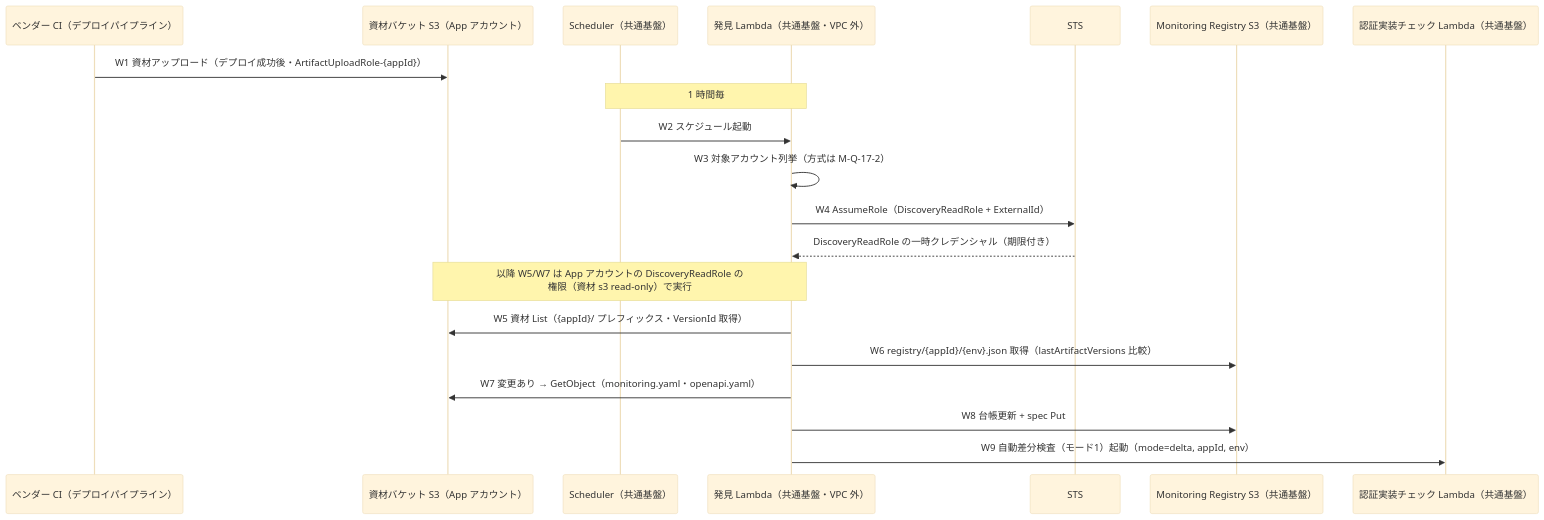
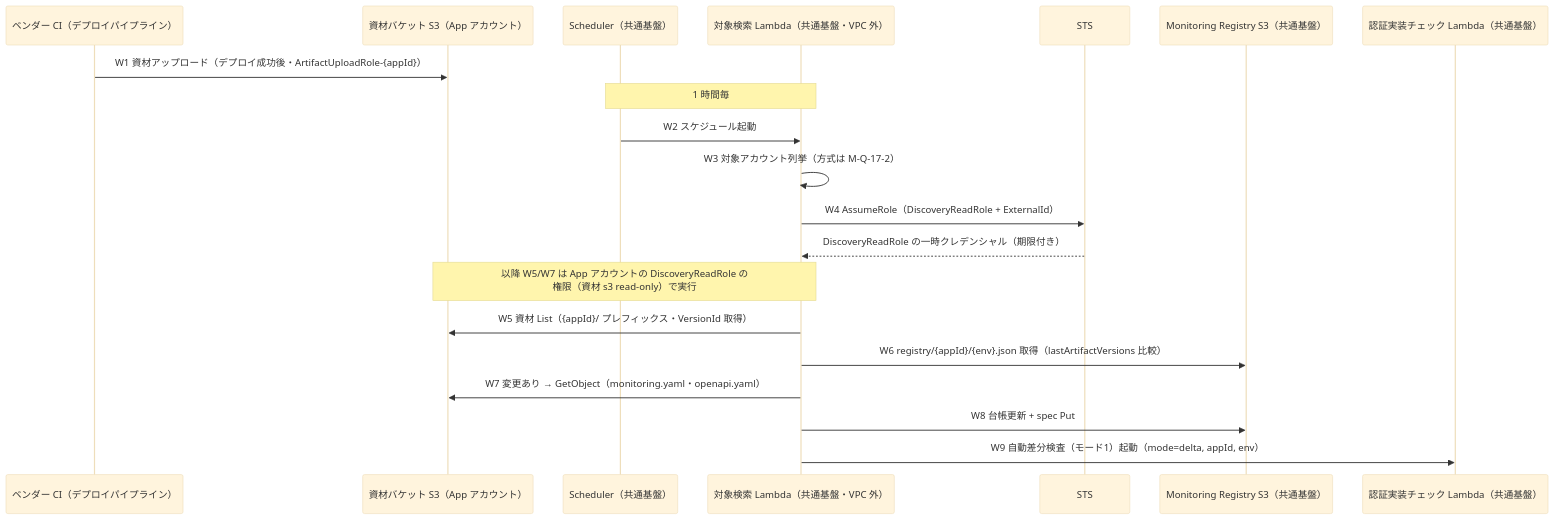
One commit to suepie/aws-atuh-poc changed the fifth of 7 diagrams in doc/api-platform/basic-design/10-external-monitoring-overview.md. Above: the diagram before and after it, drawn with Mermaid (base theme). The commit also changed other lines of this file and 23 other files, not shown here.

````diff
--- a/doc/api-platform/basic-design/10-external-monitoring-overview.md
+++ b/doc/api-platform/basic-design/10-external-monitoring-overview.md
@@ -322,23 +322,23 @@
 ```mermaid
 sequenceDiagram
     participant DEV as ベンダー CI（デプロイパイプライン）
     participant ART as 資材バケット S3（App アカウント）
     participant SCH as Scheduler（共通基盤）
-    participant DISC as 発見 Lambda（共通基盤・VPC 外）
+    participant DISC as 対象検索 Lambda（共通基盤・VPC 外）
     participant STS as STS
     participant S3 as Monitoring Registry S3（共通基盤）
     participant PROBE as 認証実装チェック Lambda（共通基盤）
 
     DEV->>ART: W1 資材アップロード（デプロイ成功後・ArtifactUploadRole-{appId}）
     Note over SCH,DISC: 1 時間毎
     SCH->>DISC: W2 スケジュール起動
     DISC->>DISC: W3 対象アカウント列挙（方式は M-Q-17-2）
     DISC->>STS: W4 AssumeRole（DiscoveryReadRole + ExternalId）
     STS-->>DISC: DiscoveryReadRole の一時クレデンシャル（期限付き）
     Note over DISC,ART: 以降 W5/W7 は App アカウントの DiscoveryReadRole の<br/>権限（資材 s3 read-only）で実行
     DISC->>ART: W5 資材 List（{appId}/ プレフィックス・VersionId 取得）
     DISC->>S3: W6 registry/{appId}/{env}.json 取得（lastArtifactVersions 比較）
     DISC->>ART: W7 変更あり → GetObject（monitoring.yaml・openapi.yaml）
     DISC->>S3: W8 台帳更新 + spec Put
     DISC->>PROBE: W9 自動差分検査（モード1）起動（mode=delta, appId, env）
 ```
````
